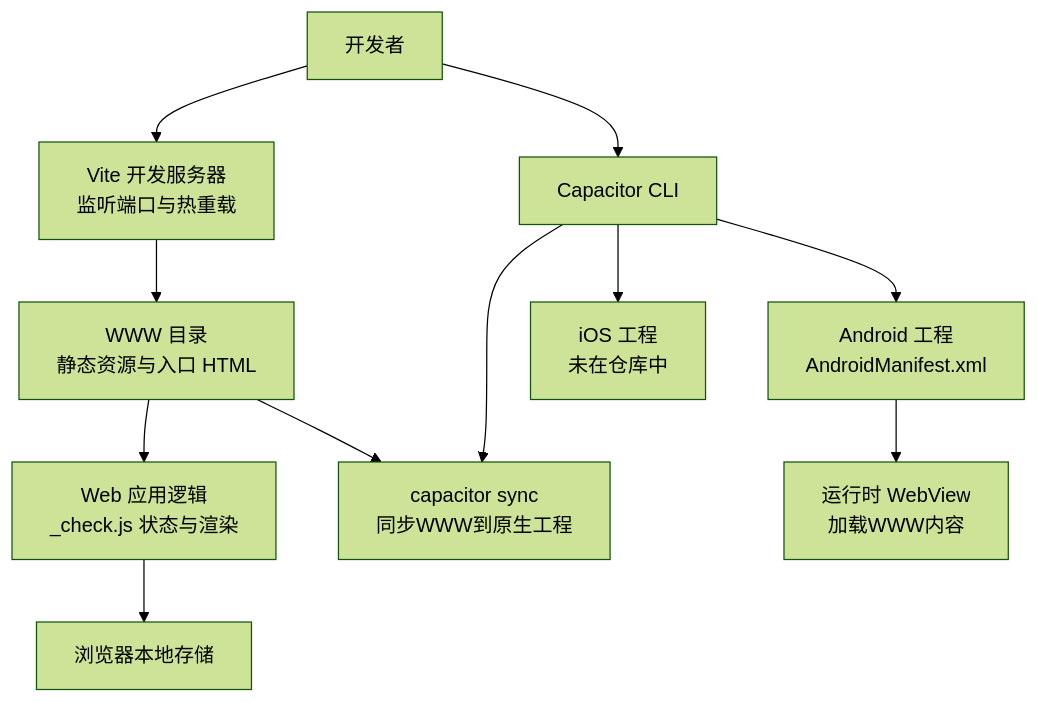
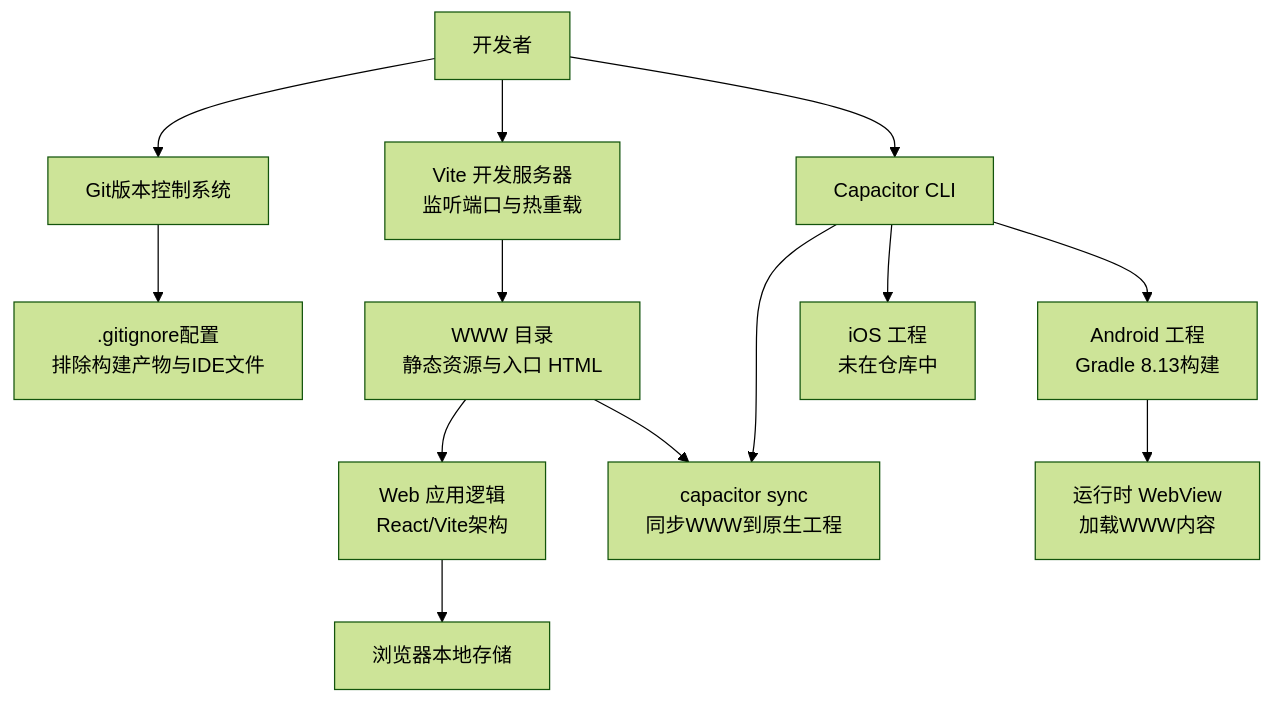
Before and after one commit to KAGUYA284/anima-list: the first of 2 diagrams in .qoder/repowiki/zh/content/开发指南.md, drawn with Mermaid (forest theme). The commit also changed other lines of this file and 17 other files, not shown here.

````diff
--- a/.qoder/repowiki/zh/content/开发指南.md
+++ b/.qoder/repowiki/zh/content/开发指南.md
@@ -35,13 +107,15 @@
 ```mermaid
 graph TB
-Dev["开发者"] --> ViteDev["Vite 开发服务器<br/>监听端口与热重载"]
+Dev["开发者"] --> VCS["Git版本控制系统"]
+VCS --> Ignore[".gitignore配置<br/>排除构建产物与IDE文件"]
+Dev --> ViteDev["Vite 开发服务器<br/>监听端口与热重载"]
 ViteDev --> WWW["WWW 目录<br/>静态资源与入口 HTML"]
-WWW --> WebApp["Web 应用逻辑<br/>_check.js 状态与渲染"]
+WWW --> WebApp["Web 应用逻辑<br/>React/Vite架构"]
 WebApp --> LocalStorage["浏览器本地存储"]
 Dev --> CapacitorCLI["Capacitor CLI"]
-CapacitorCLI --> AndroidProj["Android 工程<br/>AndroidManifest.xml"]
+CapacitorCLI --> AndroidProj["Android 工程<br/>Gradle 8.13构建"]
 CapacitorCLI --> iOSProj["iOS 工程<br/>未在仓库中"]
 CapacitorCLI --> Sync["capacitor sync<br/>同步WWW到原生工程"]
 WWW --> Sync
 AndroidProj --> Runtime["运行时 WebView<br/>加载WWW内容"]
 ```
````
